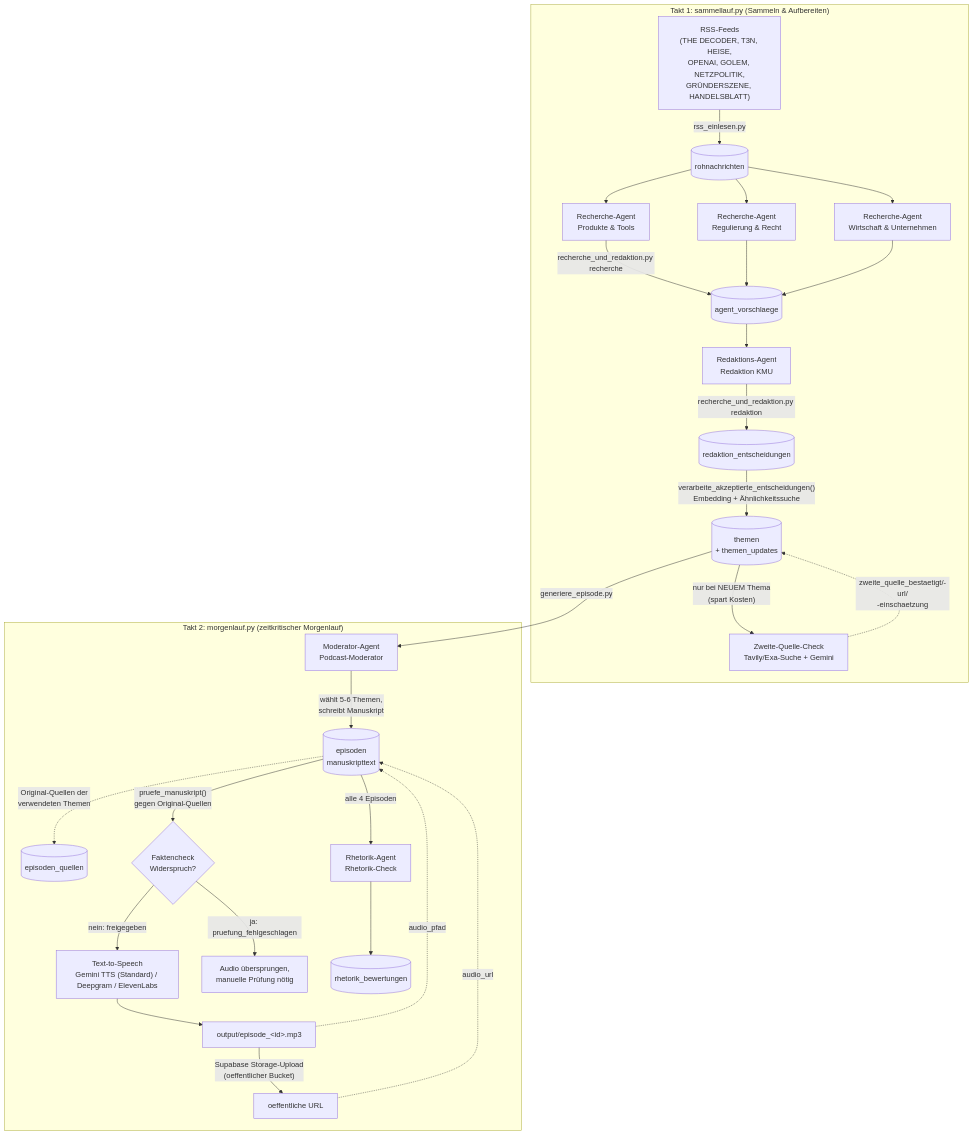
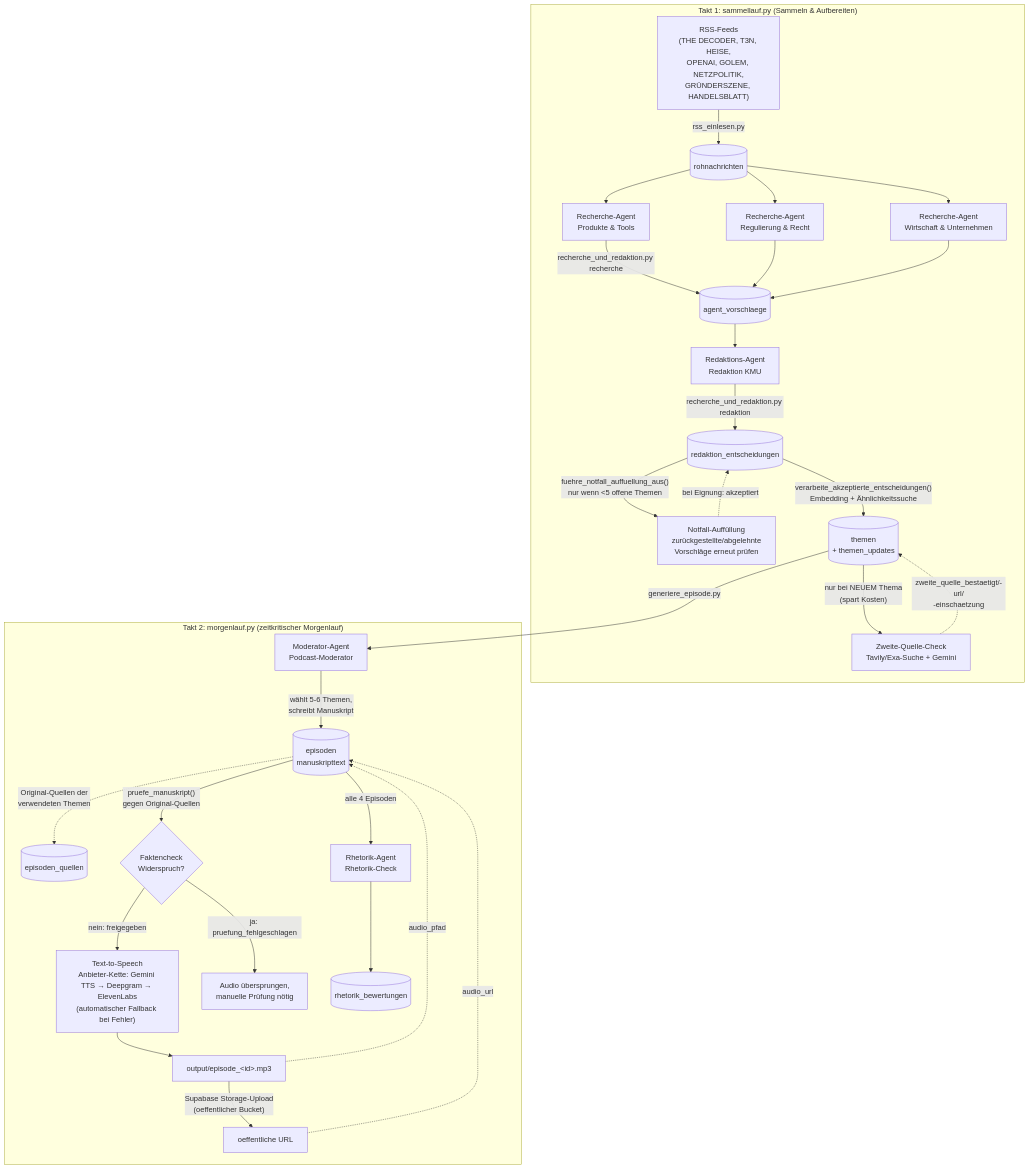
The diagram in README.md (SaschaPetro/Podcast), drawn with Mermaid before and after one commit. The commit also changed other lines of this file and 2 other files, not shown here.

````diff
--- a/README.md
+++ b/README.md
@@ -43,38 +67,41 @@
 ```mermaid
 flowchart TD
     subgraph TAKT1["Takt 1: sammellauf.py (Sammeln &amp; Aufbereiten)"]
         RSS["RSS-Feeds<br/>(THE DECODER, T3N, HEISE,<br/>OPENAI, GOLEM, NETZPOLITIK,<br/>GRÜNDERSZENE, HANDELSBLATT)"] -->|rss_einlesen.py| ROH[("rohnachrichten")]
 
         ROH --> RA1["Recherche-Agent<br/>Produkte & Tools"]
         ROH --> RA2["Recherche-Agent<br/>Regulierung & Recht"]
         ROH --> RA3["Recherche-Agent<br/>Wirtschaft & Unternehmen"]
 
         RA1 -->|recherche_und_redaktion.py recherche| VOR[("agent_vorschlaege")]
         RA2 --> VOR
         RA3 --> VOR
 
         VOR --> RED["Redaktions-Agent<br/>Redaktion KMU"]
         RED -->|recherche_und_redaktion.py redaktion| ENT[("redaktion_entscheidungen")]
 
+        ENT -->|"fuehre_notfall_auffuellung_aus()<br/>nur wenn &lt;5 offene Themen"| NOTFALL["Notfall-Auffüllung<br/>zurückgestellte/abgelehnte<br/>Vorschläge erneut prüfen"]
+        NOTFALL -.->|"bei Eignung: akzeptiert"| ENT
+
         ENT -->|"verarbeite_akzeptierte_entscheidungen()<br/>Embedding + Ähnlichkeitssuche"| THE[("themen<br/>+ themen_updates")]
         THE -->|"nur bei NEUEM Thema<br/>(spart Kosten)"| ZQ["Zweite-Quelle-Check<br/>Tavily/Exa-Suche + Gemini"]
         ZQ -.->|"zweite_quelle_bestaetigt/-url/<br/>-einschaetzung"| THE
     end
 
     subgraph TAKT2["Takt 2: morgenlauf.py (zeitkritischer Morgenlauf)"]
         THE -->|generiere_episode.py| MOD["Moderator-Agent<br/>Podcast-Moderator"]
         MOD -->|"wählt 5-6 Themen,<br/>schreibt Manuskript"| EP[("episoden<br/>manuskripttext")]
         EP -.->|"Original-Quellen der<br/>verwendeten Themen"| EQ[("episoden_quellen")]
 
         EP -->|"pruefe_manuskript()<br/>gegen Original-Quellen"| FC{"Faktencheck<br/>Widerspruch?"}
-        FC -->|nein: freigegeben| TTS["Text-to-Speech<br/>Gemini TTS (Standard) / Deepgram / ElevenLabs"]
+        FC -->|nein: freigegeben| TTS["Text-to-Speech<br/>Anbieter-Kette: Gemini TTS → Deepgram → ElevenLabs<br/>(automatischer Fallback bei Fehler)"]
         FC -->|ja: pruefung_fehlgeschlagen| STOP["Audio übersprungen,<br/>manuelle Prüfung nötig"]
         TTS --> MP3["output/episode_&lt;id&gt;.mp3"]
         MP3 -.->|audio_pfad| EP
         MP3 -->|"Supabase Storage-Upload<br/>(oeffentlicher Bucket)"| AUDIOURL["oeffentliche URL"]
         AUDIOURL -.->|audio_url| EP
 
         EP -->|"alle 4 Episoden"| RHET["Rhetorik-Agent<br/>Rhetorik-Check"]
         RHET --> RB[("rhetorik_bewertungen")]
     end
 ```
````
